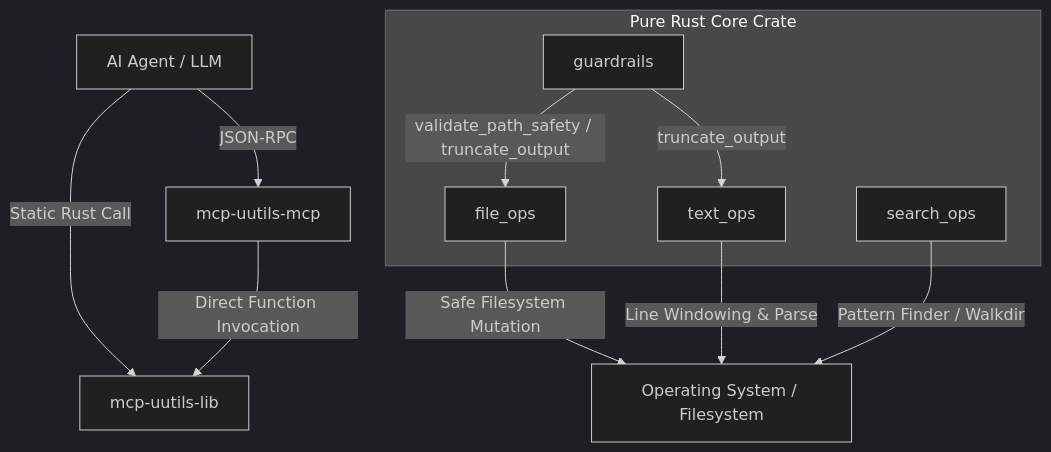
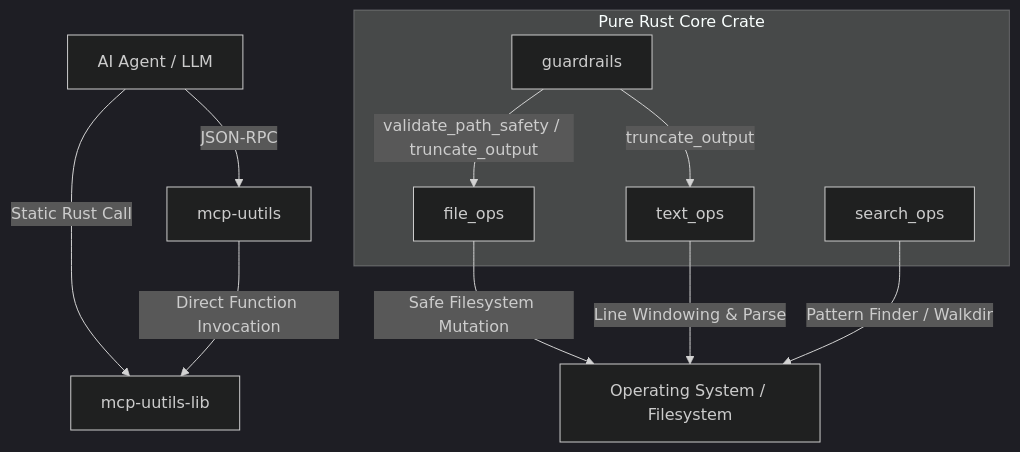
One commit to akahmys/core-utilities-mcp changed the diagram in ARCHITECTURE.md. Above: the diagram before and after it, drawn with Mermaid (dark theme). The commit also changed other lines of this file and 8 other files, not shown here.

Commit message:
Rename mcp-uutils-mcp to mcp-uutils and implement edit_file_content

````diff
--- a/ARCHITECTURE.md
+++ b/ARCHITECTURE.md
@@ -21,16 +21,16 @@
 ```mermaid
 graph TD
-    AI[AI Agent / LLM] -->|JSON-RPC| MCP[mcp-uutils-mcp]
+    AI[AI Agent / LLM] -->|JSON-RPC| MCP[mcp-uutils]
     AI -->|Static Rust Call| LIB[mcp-uutils-lib]
     MCP -->|Direct Function Invocation| LIB
     
     subgraph mcp-uutils-lib [Pure Rust Core Crate]
         G[guardrails] -->|validate_path_safety / truncate_output| F[file_ops]
         G -->|truncate_output| T[text_ops]
         S[search_ops]
     end
     
     F -->|Safe Filesystem Mutation| OS[Operating System / Filesystem]
     T -->|Line Windowing & Parse| OS
     S -->|Pattern Finder / Walkdir| OS
 ```
````
